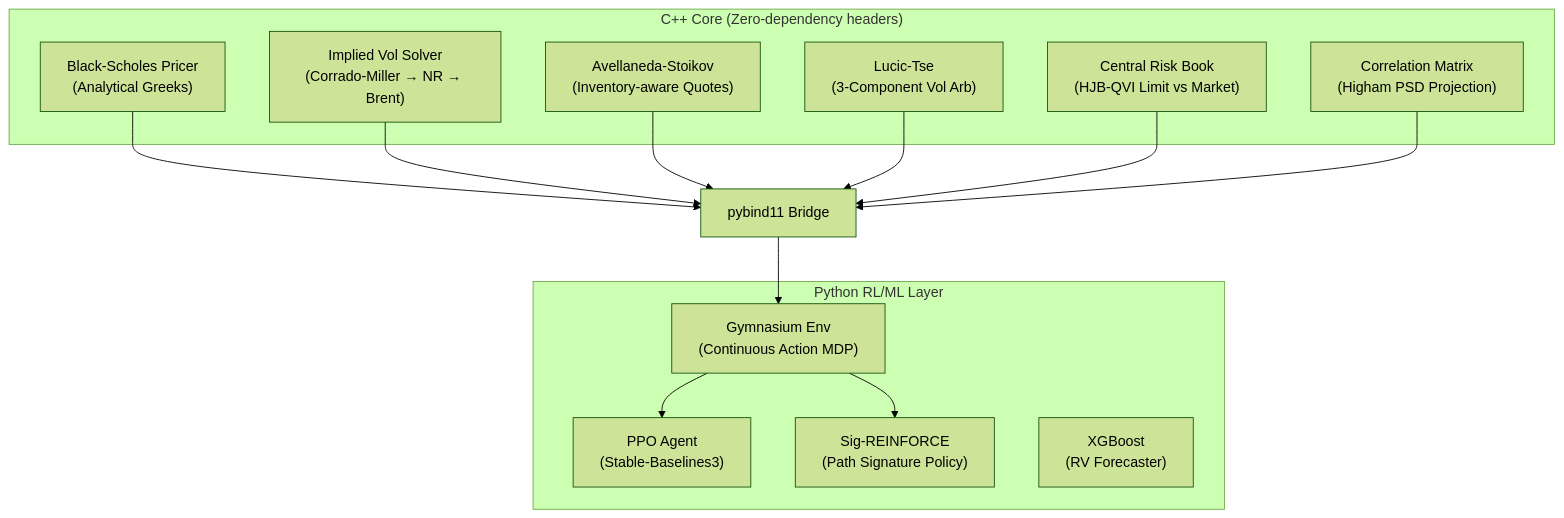
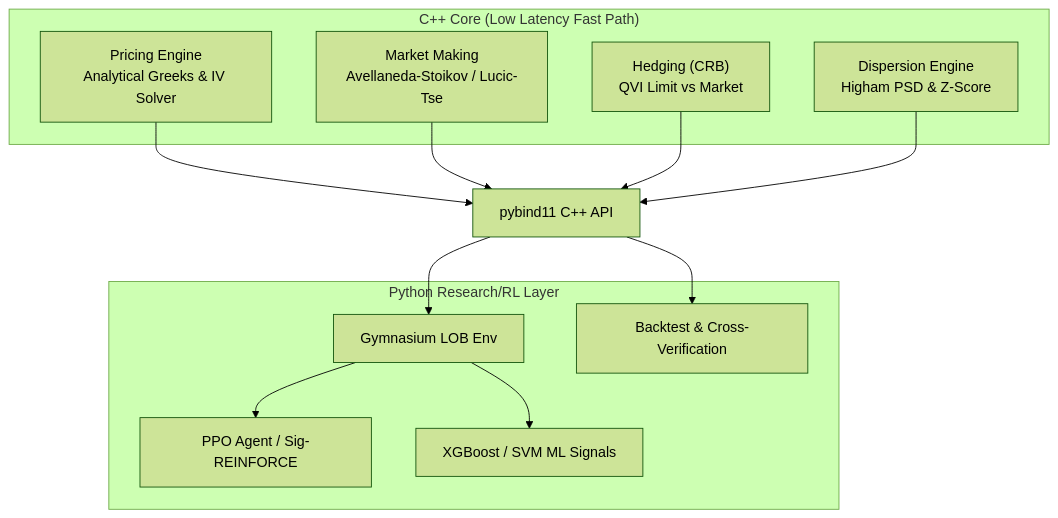
The diagram in README.md (photon2563/High-Frequency-Volatility-Market-Maker-Dispersion-Arbitrage-Engine), drawn with Mermaid (forest theme) before and after one commit. The commit also changed other lines of this file, not shown here.

````diff
--- a/README.md
+++ b/README.md
@@ -16,29 +18,26 @@
 ```mermaid
 graph TB
-    subgraph "C++ Core (Zero-dependency headers)"
-        BS["Black-Scholes Pricer<br/>(Analytical Greeks)"]
-        IV["Implied Vol Solver<br/>(Corrado-Miller → NR → Brent)"]
-        AS["Avellaneda-Stoikov<br/>(Inventory-aware Quotes)"]
-        LT["Lucic-Tse<br/>(3-Component Vol Arb)"]
-        CRB["Central Risk Book<br/>(HJB-QVI Limit vs Market)"]
-        CM["Correlation Matrix<br/>(Higham PSD Projection)"]
+    subgraph "C++ Core (Low Latency Fast Path)"
+        BS["Pricing Engine<br/>Analytical Greeks & IV Solver"]
+        AS["Market Making<br/>Avellaneda-Stoikov / Lucic-Tse"]
+        CRB["Hedging (CRB)<br/>QVI Limit vs Market"]
+        CM["Dispersion Engine<br/>Higham PSD & Z-Score"]
     end
 
-    subgraph "Python RL/ML Layer"
-        ENV["Gymnasium Env<br/>(Continuous Action MDP)"]
-        PPO["PPO Agent<br/>(Stable-Baselines3)"]
-        SIG["Sig-REINFORCE<br/>(Path Signature Policy)"]
-        XGB["XGBoost<br/>(RV Forecaster)"]
+    subgraph "Python Research/RL Layer"
+        ENV["Gymnasium LOB Env"]
+        PPO["PPO Agent / Sig-REINFORCE"]
+        XGB["XGBoost / SVM ML Signals"]
+        BT["Backtest & Cross-Verification"]
     end
 
-    BS --> PB[pybind11 Bridge]
-    IV --> PB
+    BS --> PB[pybind11 C++ API]
     AS --> PB
-    LT --> PB
     CRB --> PB
     CM --> PB
 
     PB --> ENV
     ENV --> PPO
-    ENV --> SIG
+    ENV --> XGB
+    PB --> BT
 ```
````
